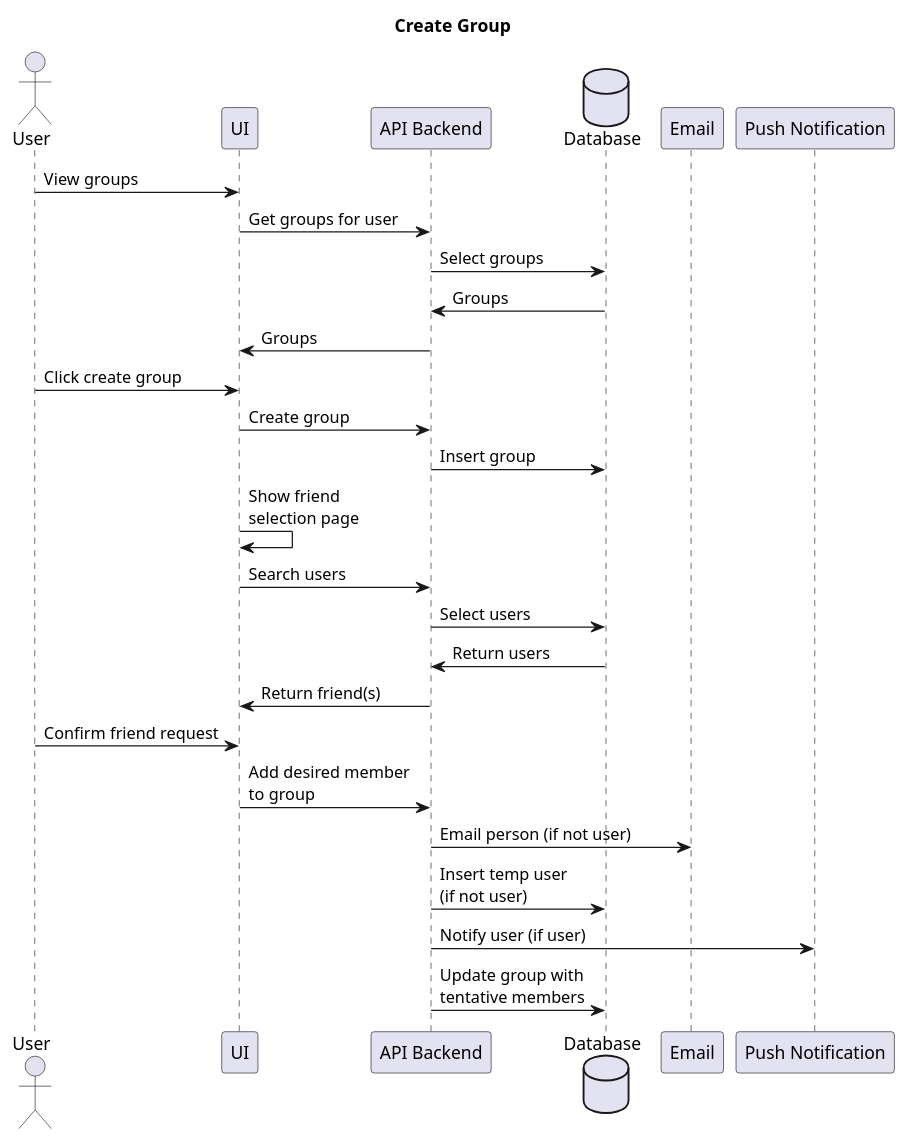
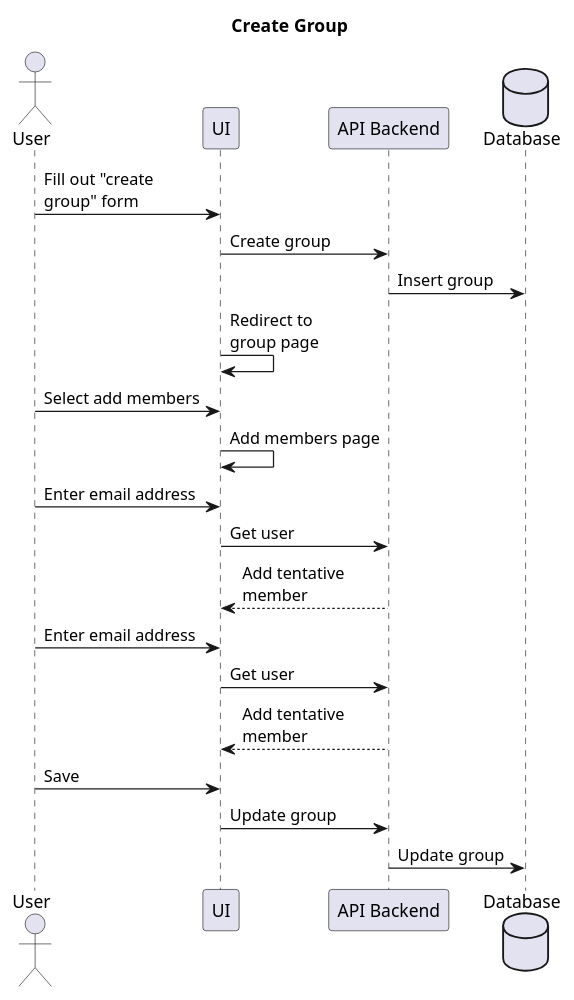
One commit to adhurjaty/prediction-app changed the diagram in docs/Diagrams/src/UserStories/create_group.puml. Above: the diagram before and after it, drawn with PlantUML. The commit also changed 4 other files, not shown here.

Commit message:
update create group and registration diagrams

```diff
--- a/docs/Diagrams/src/UserStories/create_group.puml
+++ b/docs/Diagrams/src/UserStories/create_group.puml
@@ -1,32 +1,26 @@
 @startuml Create Group
 
 title Create Group
 
 actor User as user
 participant UI as ui
 participant "API Backend" as api
 database Database as db
-participant Email as email
-participant "Push Notification" as pn
 
-user -> ui : View groups
-ui -> api : Get groups for user
-api -> db : Select groups
-db -> api : Groups
-api -> ui : Groups
-user -> ui : Click create group
+user -> ui : Fill out "create\ngroup" form
 ui -> api : Create group
 api -> db : Insert group
-ui -> ui : Show friend \nselection page 
-ui -> api : Search users
-api -> db : Select users
-db -> api : Return users
-api -> ui : Return friend(s)
-user -> ui : Confirm friend request
-ui -> api : Add desired member\nto group
-api -> email : Email person (if not user)
-api -> db : Insert temp user\n(if not user)
-api -> pn : Notify user (if user)
-api -> db : Update group with\ntentative members
+ui -> ui : Redirect to\ngroup page
+user -> ui : Select add members
+ui -> ui : Add members page
+user -> ui : Enter email address
+ui -> api : Get user
+api --> ui : Add tentative\nmember
+user -> ui : Enter email address
+ui -> api : Get user
+api --> ui : Add tentative\nmember
+user -> ui : Save
+ui -> api : Update group
+api -> db : Update group
 
 @enduml
```
